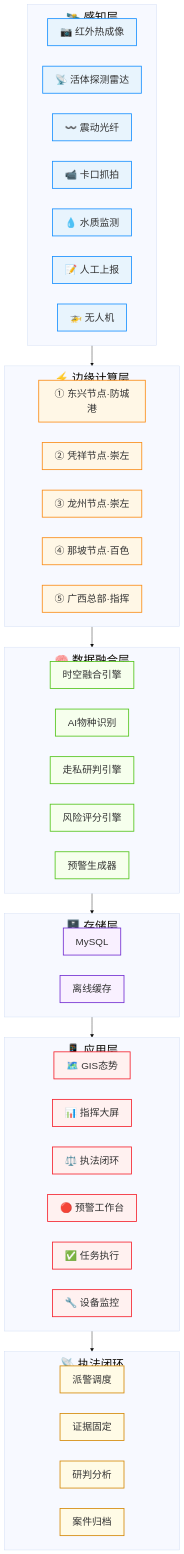
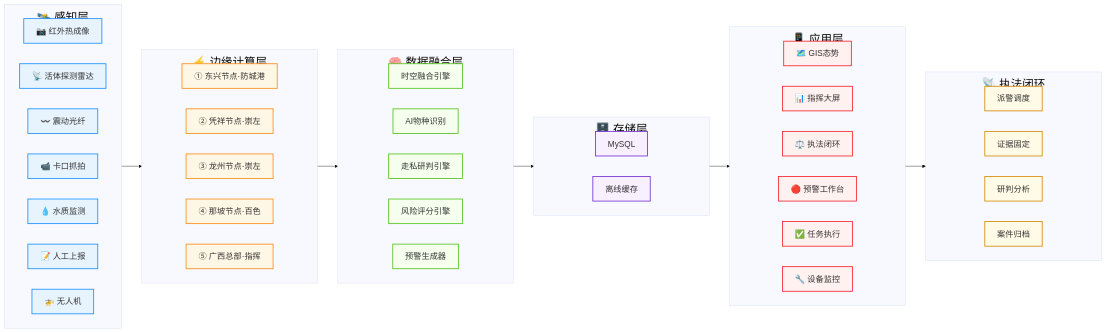
The diagram in architecture/README.md (ppqqmeimei-create/reyanqinxiao), drawn with Mermaid before and after one commit.

Commit message:
style: 主流程改为从左到右，所有模块横向排列在同一行
Made-with: Cursor

````diff
--- a/architecture/README.md
+++ b/architecture/README.md
@@ -27,6 +27,6 @@
 ```mermaid
-%%{init: {'theme': 'base', 'themeVariables': { 'fontSize': '24px', 'titleFontSize': '28px', 'justify': 'center'}}}%%
-flowchart TB
+%%{init: {'theme': 'base', 'themeVariables': { 'fontSize': '20px', 'titleFontSize': '24px', 'nodeSpacing': '50', 'rankSpacing': '80', 'subGraphTitleMarginTop': '10', 'subGraphTitleMarginBottom': '10'}}}%%
+flowchart LR
     %% ============ 感知层 ============
     subgraph S1["<div style='text-align: center; font-size: 28px; padding: 10px;'>🛰️ 感知层</div>"]
         direction LR
````
